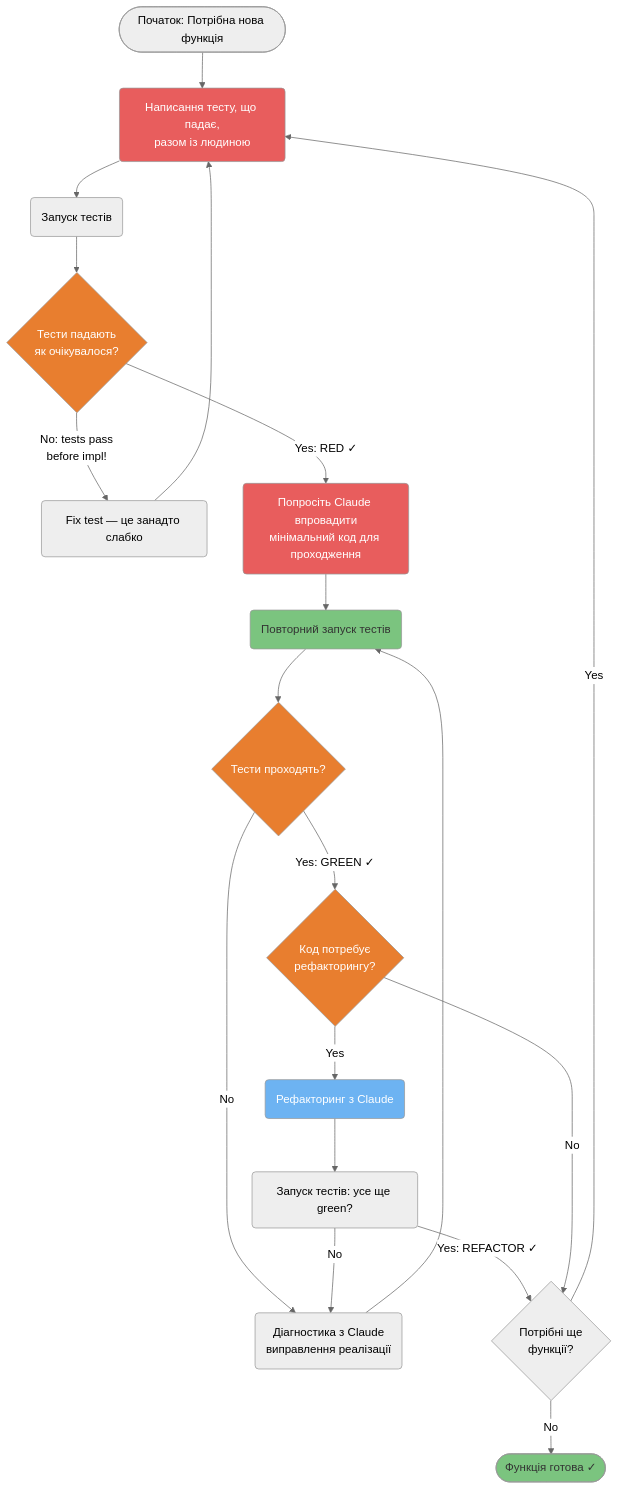
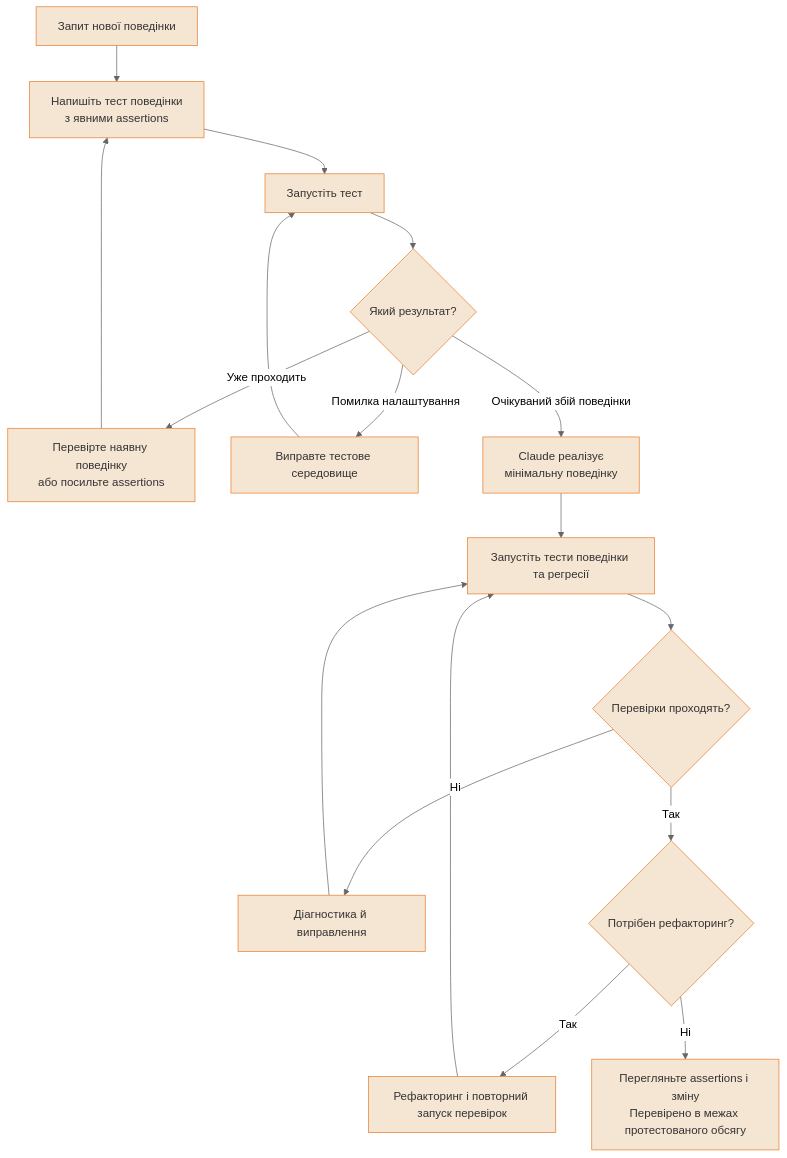
Before and after one commit to sermers-cyber/claude-code-ultimate-guide-ua: the first of 6 diagrams in guide/diagrams/06-development-workflows.uk.md, drawn with Mermaid (neutral theme). The commit also changed other lines of this file and 80 other files, not shown here.

````diff
--- a/guide/diagrams/06-development-workflows.uk.md
+++ b/guide/diagrams/06-development-workflows.uk.md
@@ -17,45 +17,33 @@
 ```mermaid
 flowchart TD
-    A([Початок: Потрібна нова функція]) --> B(Написання тесту, що падає,<br/>разом із людиною)
-    B --> C(Запуск тестів)
-    C --> D{Тести падають<br/>як очікувалося?}
-    D -->|No: tests pass<br/>before impl!| E(Fix test — це занадто слабко)
-    E --> B
-    D -->|Yes: RED ✓| F(Попросіть Claude впровадити<br/>мінімальний код для проходження)
-    F --> G(Повторний запуск тестів)
-    G --> H{Тести проходять?}
-    H -->|No| I(Діагностика з Claude<br/>виправлення реалізації)
-    I --> G
-    H -->|Yes: GREEN ✓| J{Код потребує<br/>рефакторингу?}
-    J -->|Yes| K(Рефакторинг з Claude)
-    K --> L(Запуск тестів: усе ще green?)
-    L -->|No| I
-    L -->|Yes: REFACTOR ✓| M{Потрібні ще<br/>функції?}
-    J -->|No| M
-    M -->|Yes| B
-    M -->|No| N([Функція готова ✓])
-
-    style B fill:#E85D5D,color:#fff
-    style F fill:#E85D5D,color:#fff
-    style D fill:#E87E2F,color:#fff
-    style H fill:#E87E2F,color:#fff
-    style J fill:#E87E2F,color:#fff
-    style G fill:#7BC47F,color:#333
-    style K fill:#6DB3F2,color:#fff
-    style N fill:#7BC47F,color:#333
-
-    click A href "https://github.com/gerasimsergey/claude-code-ultimate-guide-ua/blob/main/guide/workflows/tdd-with-claude.md" "TDD — Нова функція"
-    click B href "https://github.com/gerasimsergey/claude-code-ultimate-guide-ua/blob/main/guide/workflows/tdd-with-claude.md" "Написання тесту, що падає (RED)"
-    click C href "https://github.com/gerasimsergey/claude-code-ultimate-guide-ua/blob/main/guide/workflows/tdd-with-claude.md" "Запуск тестів"
-    click D href "https://github.com/gerasimsergey/claude-code-ultimate-guide-ua/blob/main/guide/workflows/tdd-with-claude.md" "Тести падають як очікувалося?"
-    click E href "https://github.com/gerasimsergey/claude-code-ultimate-guide-ua/blob/main/guide/workflows/tdd-with-claude.md" "Виправте тест — занадто слабкий"
-    click F href "https://github.com/gerasimsergey/claude-code-ultimate-guide-ua/blob/main/guide/workflows/tdd-with-claude.md" "Claude впроваджує мінімальний код"
-    click G href "https://github.com/gerasimsergey/claude-code-ultimate-guide-ua/blob/main/guide/workflows/tdd-with-claude.md" "Повторний запуск тестів"
-    click H href "https://github.com/gerasimsergey/claude-code-ultimate-guide-ua/blob/main/guide/workflows/tdd-with-claude.md" "Тести проходять? (GREEN)"
-    click I href "https://github.com/gerasimsergey/claude-code-ultimate-guide-ua/blob/main/guide/workflows/tdd-with-claude.md" "Діагностика з Claude"
-    click J href "https://github.com/gerasimsergey/claude-code-ultimate-guide-ua/blob/main/guide/workflows/tdd-with-claude.md" "Код потребує рефакторингу?"
-    click K href "https://github.com/gerasimsergey/claude-code-ultimate-guide-ua/blob/main/guide/workflows/tdd-with-claude.md" "Рефакторинг з Claude"
-    click L href "https://github.com/gerasimsergey/claude-code-ultimate-guide-ua/blob/main/guide/workflows/tdd-with-claude.md" "Запуск тестів: усе ще green?"
-    click M href "https://github.com/gerasimsergey/claude-code-ultimate-guide-ua/blob/main/guide/workflows/tdd-with-claude.md" "Потрібні ще функції?"
-    click N href "https://github.com/gerasimsergey/claude-code-ultimate-guide-ua/blob/main/guide/workflows/tdd-with-claude.md" "Функція готова ✓"
+    START["Запит нової поведінки"] --> TEST["Напишіть тест поведінки<br/>з явними assertions"]
+    TEST --> RUN["Запустіть тест"]
+    RUN --> WHY{"Який результат?"}
+    WHY -->|Уже проходить| EXISTS["Перевірте наявну поведінку<br/>або посильте assertions"]
+    EXISTS --> TEST
+    WHY -->|Помилка налаштування| SETUP["Виправте тестове середовище"]
+    SETUP --> RUN
+    WHY -->|Очікуваний збій поведінки| IMPL["Claude реалізує<br/>мінімальну поведінку"]
+    IMPL --> CHECK["Запустіть тести поведінки та регресії"]
+    CHECK --> PASS{"Перевірки проходять?"}
+    PASS -->|Ні| FIX["Діагностика й виправлення"]
+    FIX --> CHECK
+    PASS -->|Так| REFACTOR{"Потрібен рефакторинг?"}
+    REFACTOR -->|Так| CLEAN["Рефакторинг і повторний запуск перевірок"]
+    CLEAN --> CHECK
+    REFACTOR -->|Ні| REVIEW["Перегляньте assertions і зміну<br/>Перевірено в межах протестованого обсягу"]
+    classDef default fill:#F5E6D3,color:#333,stroke:#E87E2F
+    click START href "https://github.com/gerasimsergey/claude-code-ultimate-guide-ua/blob/main/guide/workflows/tdd-with-claude.uk.md" "Переглянути цей патерн у посібнику"
+    click TEST href "https://github.com/gerasimsergey/claude-code-ultimate-guide-ua/blob/main/guide/workflows/tdd-with-claude.uk.md" "Переглянути цей патерн у посібнику"
+    click RUN href "https://github.com/gerasimsergey/claude-code-ultimate-guide-ua/blob/main/guide/workflows/tdd-with-claude.uk.md" "Переглянути цей патерн у посібнику"
+    click WHY href "https://github.com/gerasimsergey/claude-code-ultimate-guide-ua/blob/main/guide/workflows/tdd-with-claude.uk.md" "Переглянути цей патерн у посібнику"
+    click EXISTS href "https://github.com/gerasimsergey/claude-code-ultimate-guide-ua/blob/main/guide/workflows/tdd-with-claude.uk.md" "Переглянути цей патерн у посібнику"
+    click SETUP href "https://github.com/gerasimsergey/claude-code-ultimate-guide-ua/blob/main/guide/workflows/tdd-with-claude.uk.md" "Переглянути цей патерн у посібнику"
+    click IMPL href "https://github.com/gerasimsergey/claude-code-ultimate-guide-ua/blob/main/guide/workflows/tdd-with-claude.uk.md" "Переглянути цей патерн у посібнику"
+    click CHECK href "https://github.com/gerasimsergey/claude-code-ultimate-guide-ua/blob/main/guide/workflows/tdd-with-claude.uk.md" "Переглянути цей патерн у посібнику"
+    click PASS href "https://github.com/gerasimsergey/claude-code-ultimate-guide-ua/blob/main/guide/workflows/tdd-with-claude.uk.md" "Переглянути цей патерн у посібнику"
+    click FIX href "https://github.com/gerasimsergey/claude-code-ultimate-guide-ua/blob/main/guide/workflows/tdd-with-claude.uk.md" "Переглянути цей патерн у посібнику"
+    click REFACTOR href "https://github.com/gerasimsergey/claude-code-ultimate-guide-ua/blob/main/guide/workflows/tdd-with-claude.uk.md" "Переглянути цей патерн у посібнику"
+    click CLEAN href "https://github.com/gerasimsergey/claude-code-ultimate-guide-ua/blob/main/guide/workflows/tdd-with-claude.uk.md" "Переглянути цей патерн у посібнику"
+    click REVIEW href "https://github.com/gerasimsergey/claude-code-ultimate-guide-ua/blob/main/guide/workflows/tdd-with-claude.uk.md" "Переглянути цей патерн у посібнику"
 ```
````
